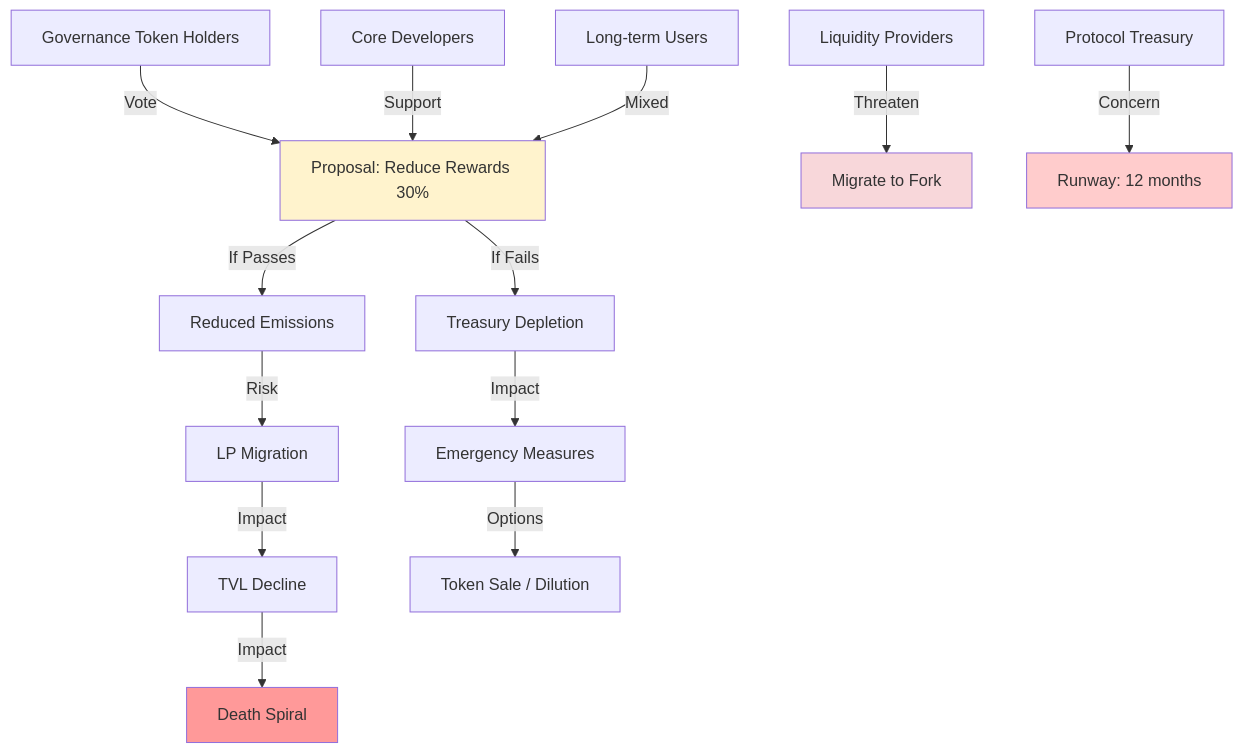
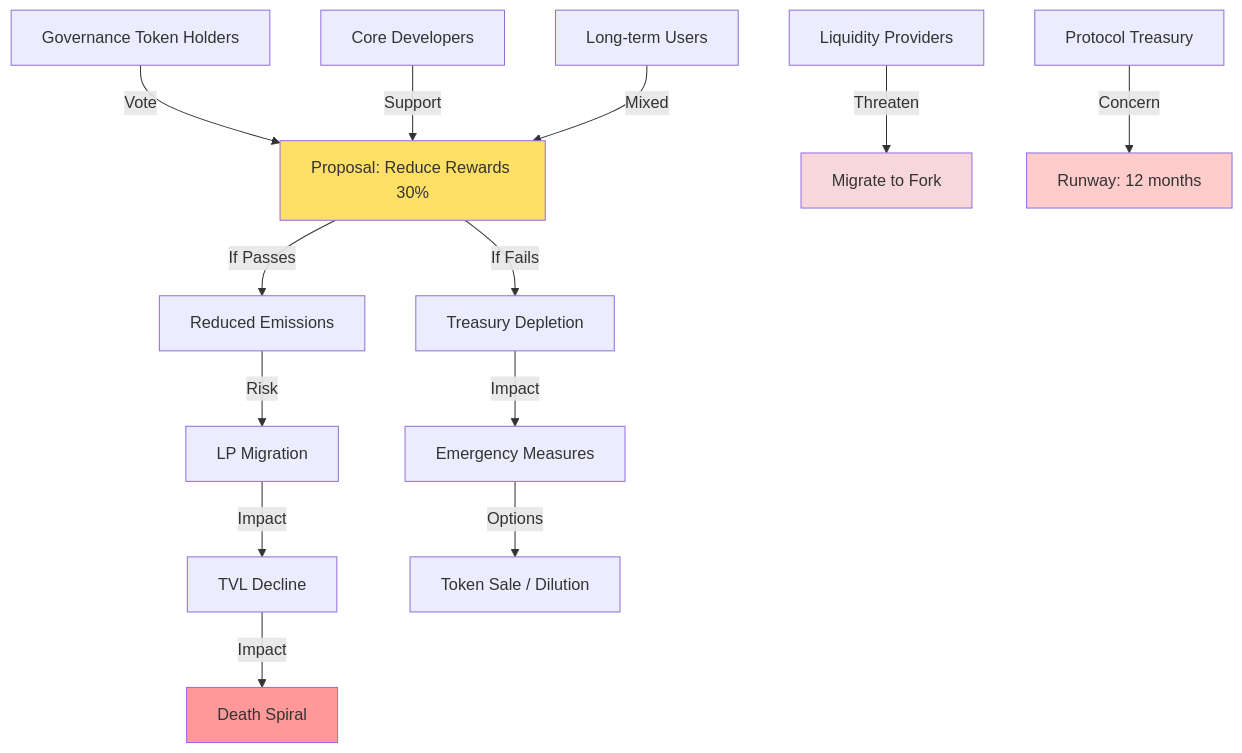
Diagram 16 of 23 in Industry/Blockchain/Blockchain/ValueChain/QA_MistralAI.md (ljg-cqu/knowledge), drawn with Mermaid before and after one commit. The commit also changed other lines of this file and 6 other files, not shown here.

````diff
--- a/Industry/Blockchain/Blockchain/ValueChain/QA_MistralAI.md
+++ b/Industry/Blockchain/Blockchain/ValueChain/QA_MistralAI.md
@@ -1194,23 +1194,23 @@
 ```mermaid
 graph TD
     A[Governance Token Holders] -->|Vote| B[Proposal: Reduce Rewards 30%]
     C[Liquidity Providers] -->|Threaten| D[Migrate to Fork]
     E[Protocol Treasury] -->|Concern| F[Runway: 12 months]
     G[Core Developers] -->|Support| B
     H[Long-term Users] -->|Mixed| B
     
     B -->|If Passes| I[Reduced Emissions]
     B -->|If Fails| J[Treasury Depletion]
     
     I -->|Risk| K[LP Migration]
     K -->|Impact| L[TVL Decline]
     L -->|Impact| M[Death Spiral]
     
     J -->|Impact| N[Emergency Measures]
     N -->|Options| O[Token Sale / Dilution]
     
-    style B fill:#fff3cd
+    style B fill:#ffe066
     style D fill:#f8d7da
     style F fill:#ffcccc
     style M fill:#ff9999
 ```
````
